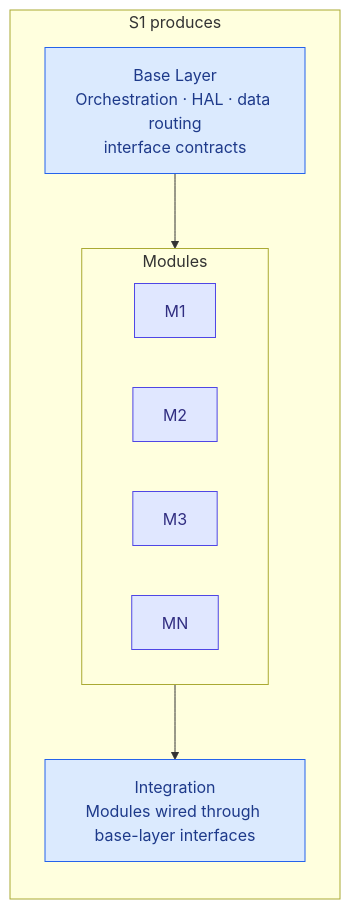
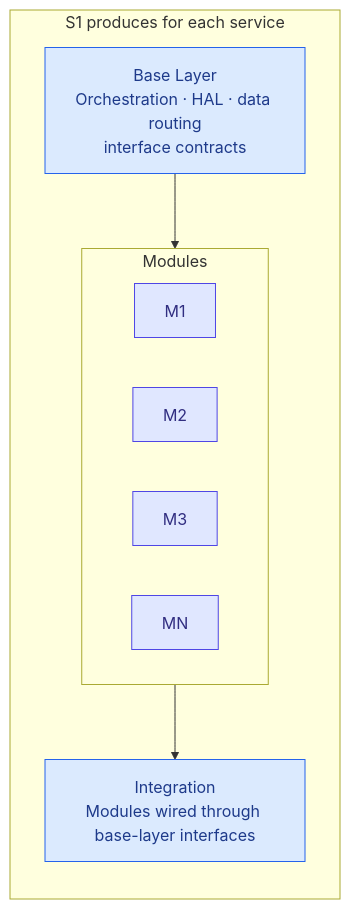
The sixth of 11 diagrams in methodology/V-SIL-v3/V-SIL_v3.md (dramirezbe/codeanvil-gcpds), drawn with Mermaid before and after one commit. The commit also changed other lines of this file and 3 other files, not shown here.

````diff
--- a/methodology/V-SIL-v3/V-SIL_v3.md
+++ b/methodology/V-SIL-v3/V-SIL_v3.md
@@ -159,21 +176,21 @@
 ```mermaid
 flowchart TD
     classDef base fill:#dbeafe,stroke:#2563eb,color:#1e3a8a
     classDef mod fill:#e0e7ff,stroke:#4f46e5,color:#312e81
     classDef integ fill:#dbeafe,stroke:#2563eb,color:#1e3a8a
 
-    subgraph ARCH["S1 produces"]
+    subgraph ARCH["S1 produces for each service"]
         direction TD
         BASE["Base Layer<br/>Orchestration · HAL · data routing<br/>interface contracts"]:::base
         subgraph MODS["Modules"]
             direction LR
             M1["M1"]:::mod
             M2["M2"]:::mod
             M3["M3"]:::mod
             MN["MN"]:::mod
         end
         INT["Integration<br/>Modules wired through base-layer interfaces"]:::integ
     end
 
     BASE --> MODS --> INT
 ```
````
